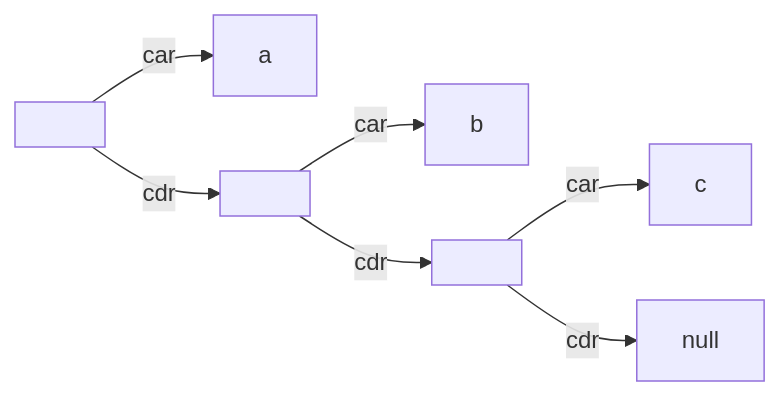
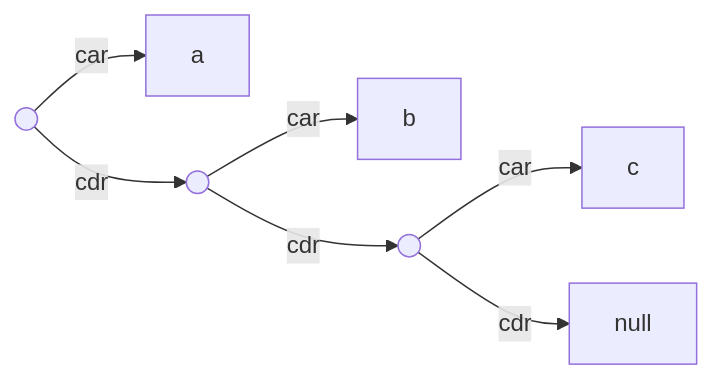
The diagram in _posts/2019-01-11-another-look-at-lisp.md (raganwald/raganwald.github.com), drawn with Mermaid before and after one commit. The commit also changed other lines of this file, not shown here.

```diff
--- a/_posts/2019-01-11-another-look-at-lisp.md
+++ b/_posts/2019-01-11-another-look-at-lisp.md
@@ -31,9 +33,9 @@
 <div class="mermaid">
   graph LR
-    one[" "]-- car -->a
-    one-- cdr -->two[" "]
+    one(( ))-- car -->a
+    one-- cdr -->two(( ))
     two-- car -->b
-    two-- cdr -->three[" "]
+    two-- cdr -->three(( ))
     three-- car -->c
     three-- cdr -->null
 </div>
```
